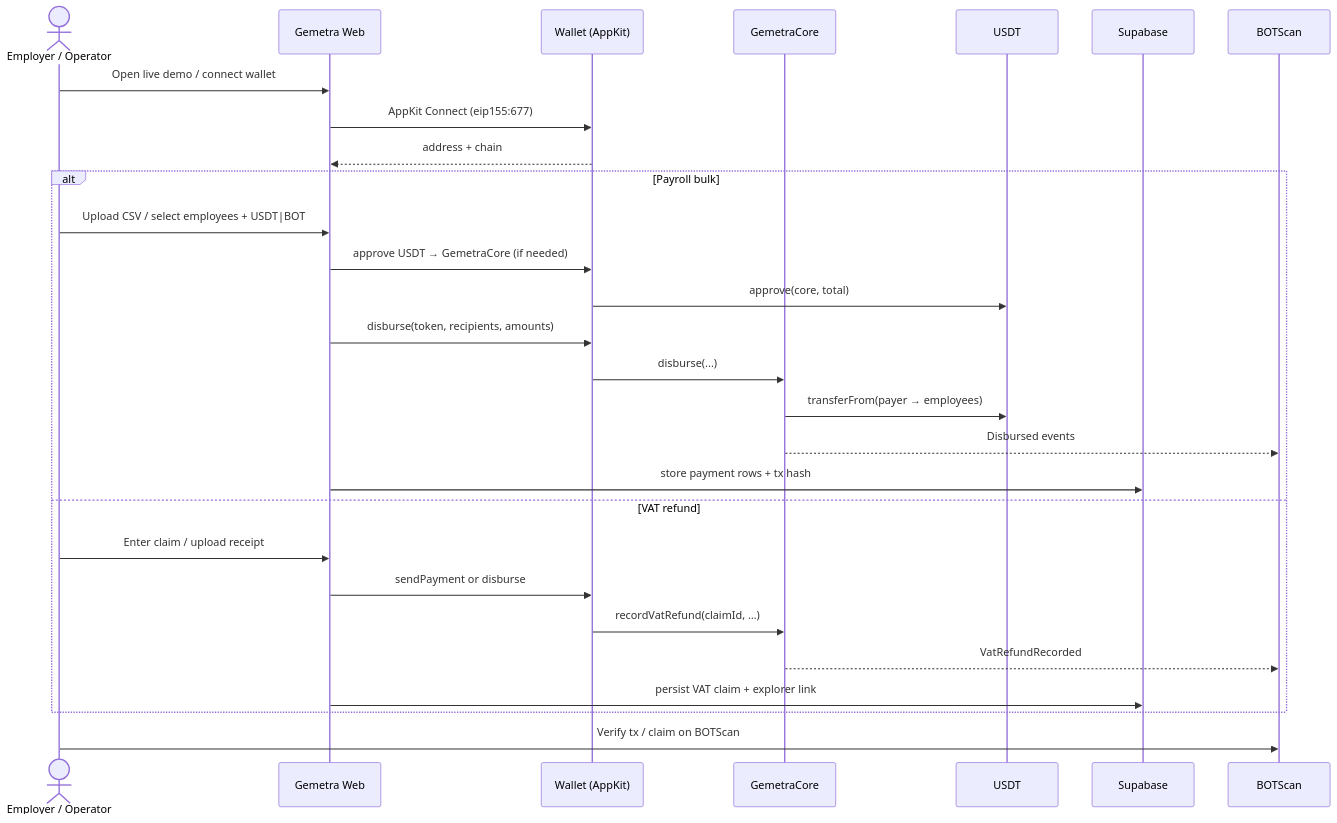
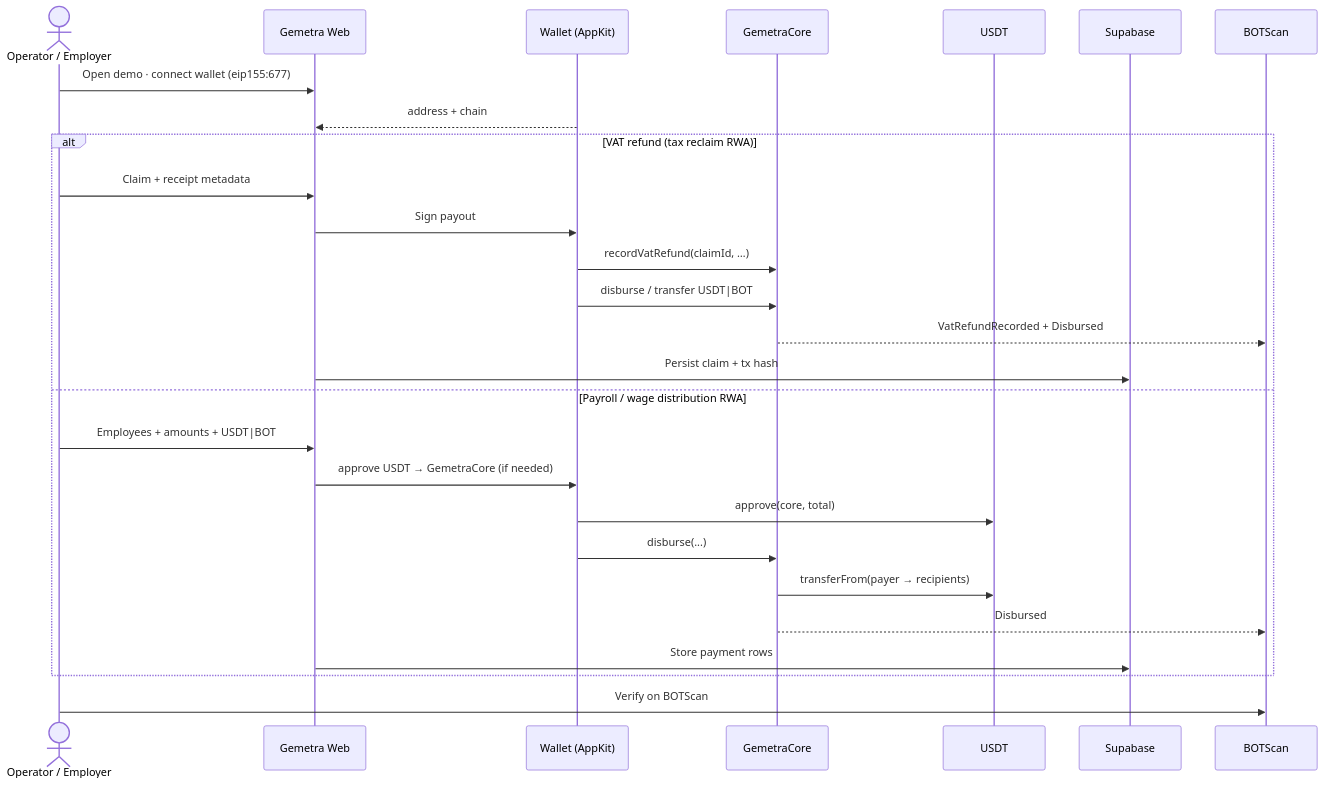
One commit to AmaanSayyad/Gemetra-BotChain changed the second of 5 diagrams in README.md. Above: the diagram before and after it, drawn with Mermaid. The commit also changed other lines of this file and 4 other files, not shown here.

````diff
--- a/README.md
+++ b/README.md
@@ -102,33 +99,32 @@
 ```mermaid
 sequenceDiagram
-  actor User as Employer / Operator
+  actor Op as Operator / Employer
   participant UI as Gemetra Web
   participant W as Wallet (AppKit)
   participant C as GemetraCore
   participant T as USDT
   participant S as Supabase
   participant X as BOTScan
 
-  User->>UI: Open live demo / connect wallet
-  UI->>W: AppKit Connect (eip155:677)
+  Op->>UI: Open demo · connect wallet (eip155:677)
   W-->>UI: address + chain
 
-  alt Payroll bulk
-    User->>UI: Upload CSV / select employees + USDT|BOT
+  alt VAT refund (tax reclaim RWA)
+    Op->>UI: Claim + receipt metadata
+    UI->>W: Sign payout
+    W->>C: recordVatRefund(claimId, …)
+    W->>C: disburse / transfer USDT|BOT
+    C-->>X: VatRefundRecorded + Disbursed
+    UI->>S: Persist claim + tx hash
+  else Payroll / wage distribution RWA
+    Op->>UI: Employees + amounts + USDT|BOT
     UI->>W: approve USDT → GemetraCore (if needed)
     W->>T: approve(core, total)
-    UI->>W: disburse(token, recipients, amounts)
     W->>C: disburse(...)
-    C->>T: transferFrom(payer → employees)
-    C-->>X: Disbursed events
-    UI->>S: store payment rows + tx hash
-  else VAT refund
-    User->>UI: Enter claim / upload receipt
-    UI->>W: sendPayment or disburse
-    W->>C: recordVatRefund(claimId, …)
-    C-->>X: VatRefundRecorded
-    UI->>S: persist VAT claim + explorer link
+    C->>T: transferFrom(payer → recipients)
+    C-->>X: Disbursed
+    UI->>S: Store payment rows
   end
 
-  User->>X: Verify tx / claim on BOTScan
+  Op->>X: Verify on BOTScan
 ```
````
